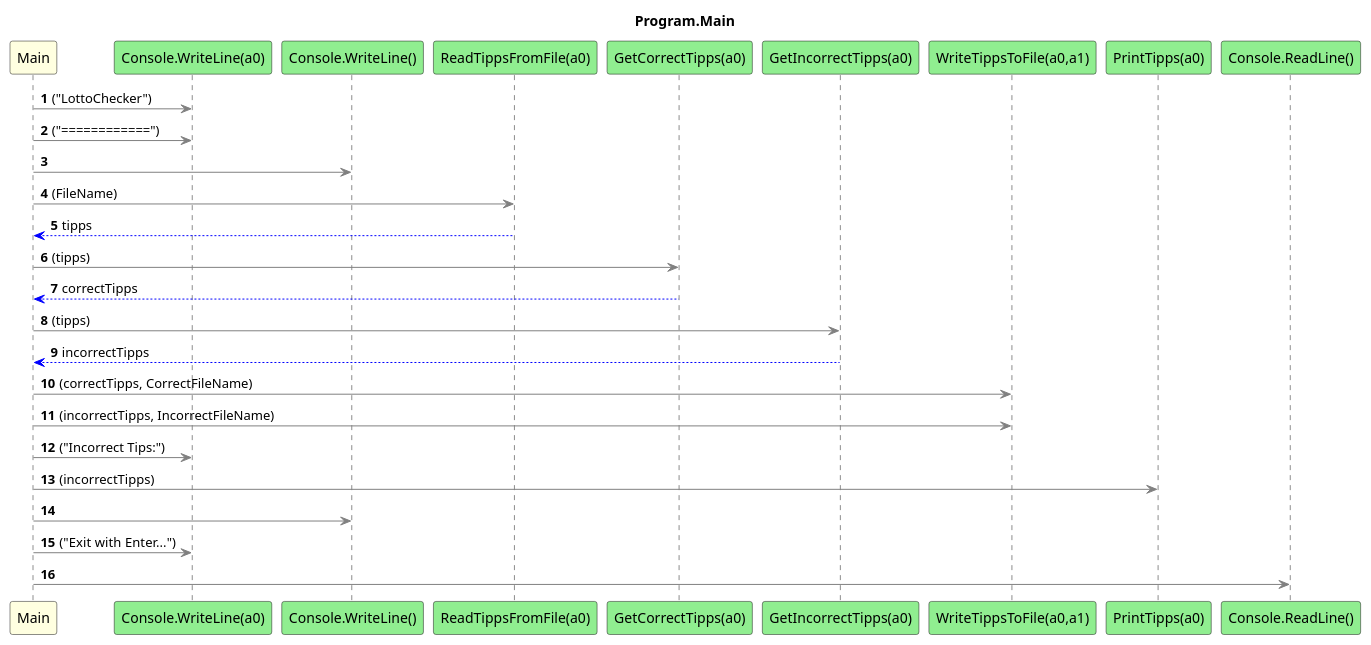
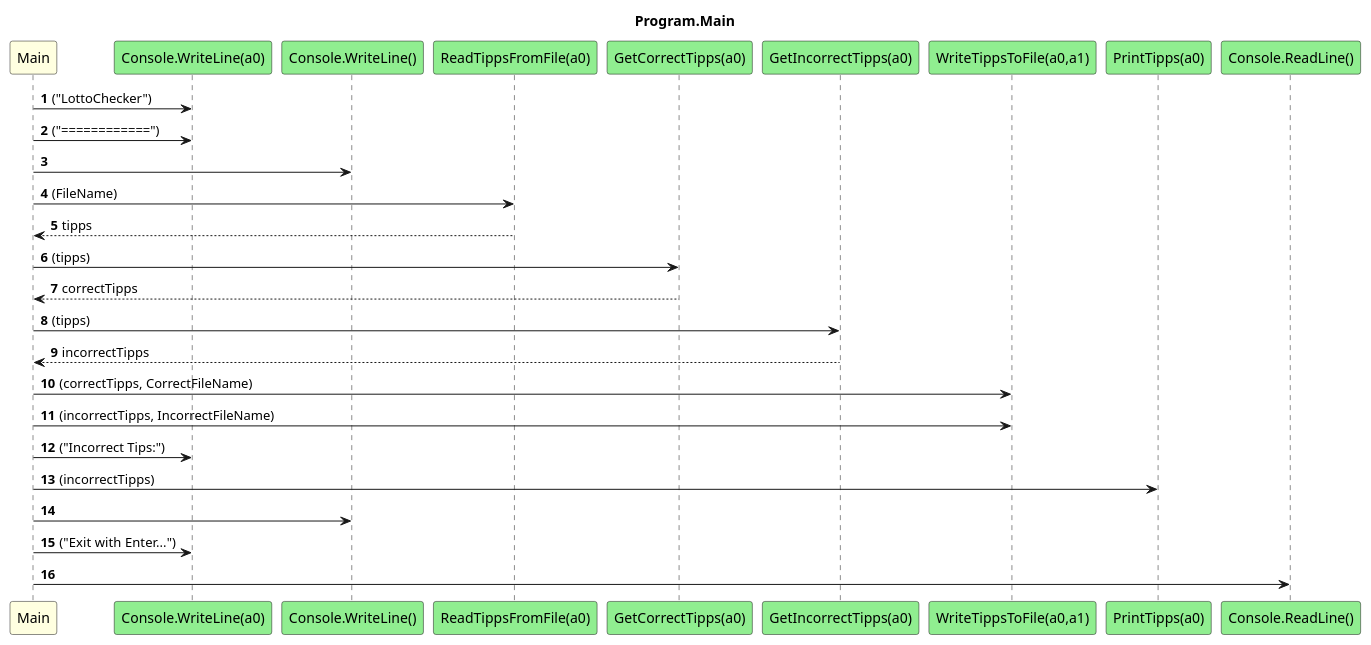
Before and after one commit to leoggehrer/2324-34_ABIF_ACIF_POSE: the diagram in LotteryChecker.ConApp/diagrams/sq_Program_Main.puml, drawn with PlantUML. The commit also changed 9 other files, not shown here.

```diff
--- a/LotteryChecker.ConApp/diagrams/sq_Program_Main.puml
+++ b/LotteryChecker.ConApp/diagrams/sq_Program_Main.puml
@@ -1,29 +1,29 @@
 @startuml Program.Main
 title Program.Main
 participant "Main" as Main #LightYellow
 participant "Console.WriteLine(a0)" as Console_WriteLine_a0 #LightGreen
 participant "Console.WriteLine()" as Console_WriteLine #LightGreen
 participant "ReadTippsFromFile(a0)" as ReadTippsFromFile_a0 #LightGreen
 participant "GetCorrectTipps(a0)" as GetCorrectTipps_a0 #LightGreen
 participant "GetIncorrectTipps(a0)" as GetIncorrectTipps_a0 #LightGreen
 participant "WriteTippsToFile(a0,a1)" as WriteTippsToFile_a0_a1 #LightGreen
 participant "PrintTipps(a0)" as PrintTipps_a0 #LightGreen
 participant "Console.ReadLine()" as Console_ReadLine #LightGreen
 autonumber
-Main -[#grey]> Console_WriteLine_a0 : ("LottoChecker")
-Main -[#grey]> Console_WriteLine_a0 : ("============")
-Main -[#grey]> Console_WriteLine
-Main -[#grey]> ReadTippsFromFile_a0 : (FileName)
-ReadTippsFromFile_a0 -[#blue]-> Main : tipps
-Main -[#grey]> GetCorrectTipps_a0 : (tipps)
-GetCorrectTipps_a0 -[#blue]-> Main : correctTipps
-Main -[#grey]> GetIncorrectTipps_a0 : (tipps)
-GetIncorrectTipps_a0 -[#blue]-> Main : incorrectTipps
-Main -[#grey]> WriteTippsToFile_a0_a1 : (correctTipps, CorrectFileName)
-Main -[#grey]> WriteTippsToFile_a0_a1 : (incorrectTipps, IncorrectFileName)
-Main -[#grey]> Console_WriteLine_a0 : ("Incorrect Tips:")
-Main -[#grey]> PrintTipps_a0 : (incorrectTipps)
-Main -[#grey]> Console_WriteLine
-Main -[#grey]> Console_WriteLine_a0 : ("Exit with Enter...")
-Main -[#grey]> Console_ReadLine
+Main -> Console_WriteLine_a0 : ("LottoChecker")
+Main -> Console_WriteLine_a0 : ("============")
+Main -> Console_WriteLine
+Main -> ReadTippsFromFile_a0 : (FileName)
+ReadTippsFromFile_a0 --> Main : tipps
+Main -> GetCorrectTipps_a0 : (tipps)
+GetCorrectTipps_a0 --> Main : correctTipps
+Main -> GetIncorrectTipps_a0 : (tipps)
+GetIncorrectTipps_a0 --> Main : incorrectTipps
+Main -> WriteTippsToFile_a0_a1 : (correctTipps, CorrectFileName)
+Main -> WriteTippsToFile_a0_a1 : (incorrectTipps, IncorrectFileName)
+Main -> Console_WriteLine_a0 : ("Incorrect Tips:")
+Main -> PrintTipps_a0 : (incorrectTipps)
+Main -> Console_WriteLine
+Main -> Console_WriteLine_a0 : ("Exit with Enter...")
+Main -> Console_ReadLine
 @enduml
```
